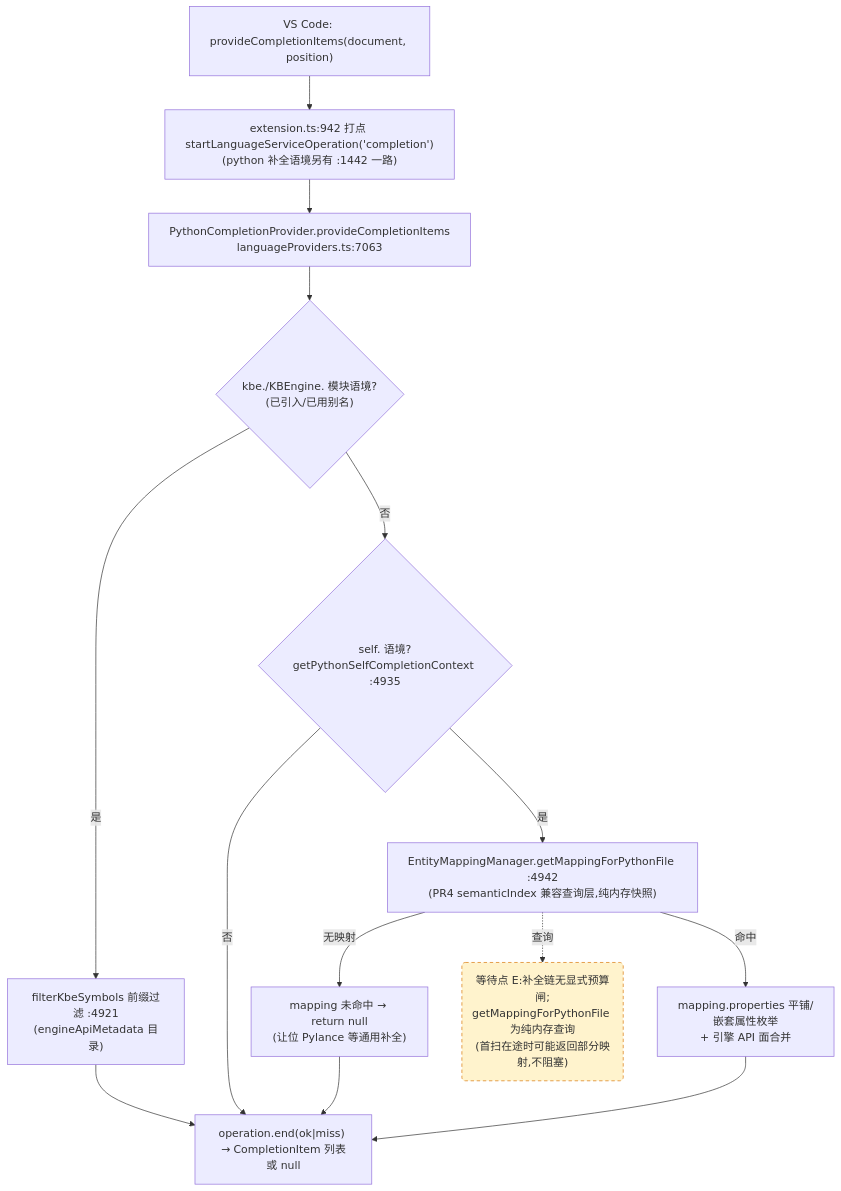
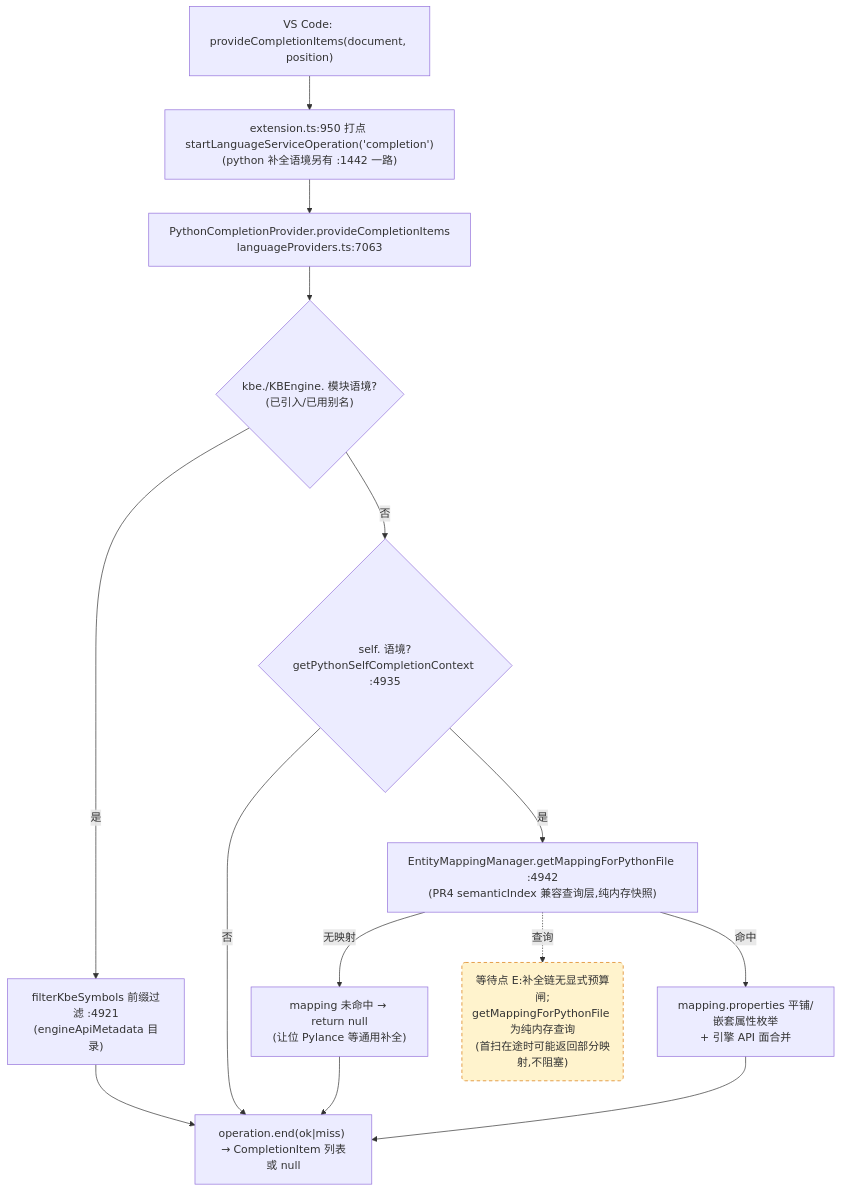
Before and after one commit to cuihairu/kode: the third of 4 diagrams in docs/perf/2026-baseline.md, drawn with Mermaid. The commit also changed other lines of this file and 12 other files, not shown here.

````diff
--- a/docs/perf/2026-baseline.md
+++ b/docs/perf/2026-baseline.md
@@ -184,27 +184,27 @@
 ```mermaid
 flowchart TD
   VC3["VS Code: provideCompletionItems(document, position)"]
-  M3["extension.ts:942 打点 startLanguageServiceOperation('completion')<br/>(python 补全语境另有 :1442 一路)"]
+  M3["extension.ts:950 打点 startLanguageServiceOperation('completion')<br/>(python 补全语境另有 :1442 一路)"]
   CP["PythonCompletionProvider.provideCompletionItems<br/>languageProviders.ts:7063"]
   KBEC{"kbe./KBEngine. 模块语境?<br/>(已引入/已用别名)"}
   FILTER["filterKbeSymbols 前缀过滤 :4921<br/>(engineApiMetadata 目录)"]
   SELFC{"self. 语境?<br/>getPythonSelfCompletionContext :4935"}
   MAP["EntityMappingManager.getMappingForPythonFile :4942<br/>(PR4 semanticIndex 兼容查询层,纯内存快照)"]
   NOMAP["mapping 未命中 → return null<br/>(让位 Pylance 等通用补全)"]
   PROPS["mapping.properties 平铺/嵌套属性枚举<br/>+ 引擎 API 面合并"]
   END3["operation.end(ok|miss) → CompletionItem 列表或 null"]
 
   VC3 --> M3 --> CP --> KBEC
   KBEC -- "是" --> FILTER --> END3
   KBEC -- "否" --> SELFC
   SELFC -- "否" --> END3
   SELFC -- "是" --> MAP
   MAP -- "无映射" --> NOMAP --> END3
   MAP -- "命中" --> PROPS --> END3
 
   WAITE("等待点 E:补全链无显式预算闸;<br/>getMappingForPythonFile 为纯内存查询<br/>(首扫在途时可能返回部分映射,不阻塞)")
   MAP -.->|查询| WAITE
 
   classDef waitPoint fill:#fff3cd,stroke:#d97706,stroke-dasharray:5 4;
   class WAITE waitPoint;
 ```
````
